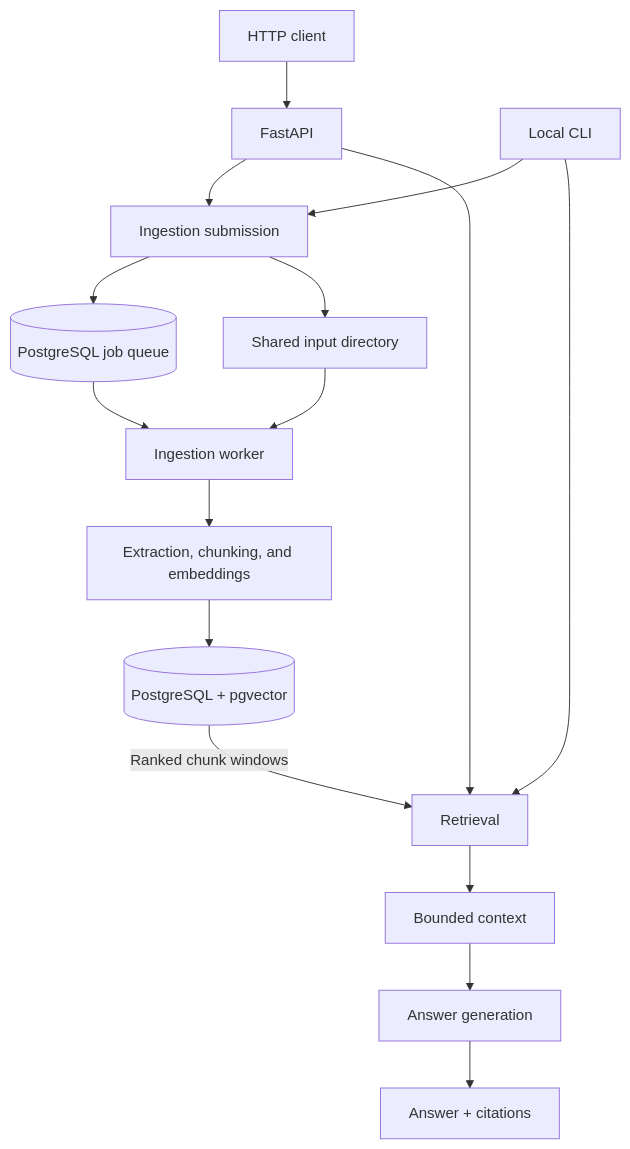
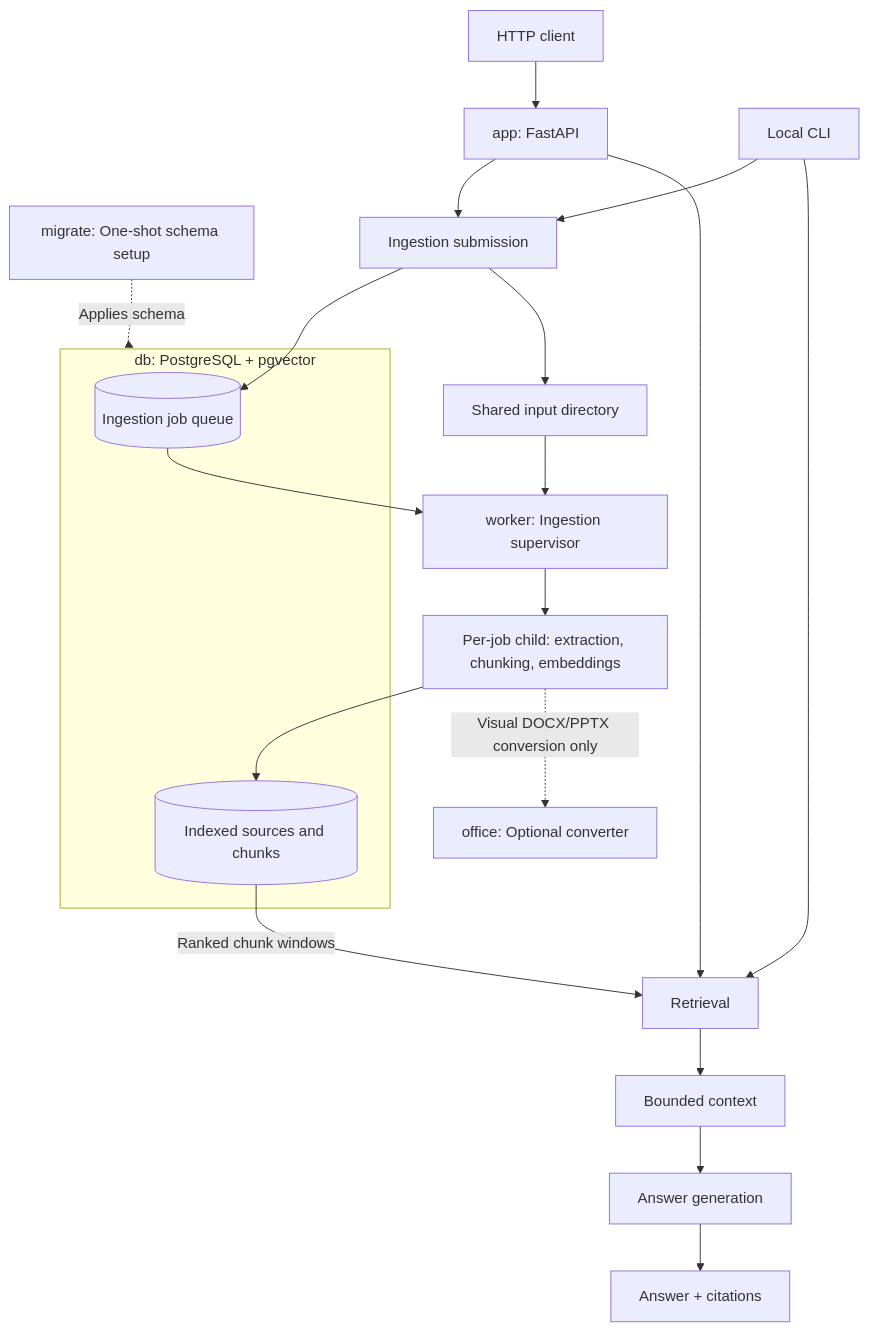
One commit to richard-costa/rag-mtst changed the first of 3 diagrams in docs/explanation/architecture.md. Above: the diagram before and after it, drawn with Mermaid. The commit also changed other lines of this file and 1 other file, not shown here.

Commit message:
docs: clarify Compose services and worker boundaries

````diff
--- a/docs/explanation/architecture.md
+++ b/docs/explanation/architecture.md
@@ -16,23 +16,29 @@
 ```mermaid
 ---
 config:
     flowchart:
         useMaxWidth: false
 ---
 flowchart TB
-    http[HTTP client] --> api[FastAPI]
+    subgraph db["db: PostgreSQL + pgvector"]
+        queue[(Ingestion job queue)]
+        documents[(Indexed sources and chunks)]
+    end
+    migrate["migrate: One-shot schema setup"] -.->|Applies schema| db
+    http[HTTP client] --> api["app: FastAPI"]
     cli[Local CLI] --> submission[Ingestion submission]
     api --> submission
-    submission --> queue[(PostgreSQL job queue)]
+    submission --> queue
     submission --> staging[Shared input directory]
-    queue --> worker[Ingestion worker]
+    queue --> worker["worker: Ingestion supervisor"]
     staging --> worker
-    worker --> indexing[Extraction, chunking, and embeddings]
-    indexing --> documents[(PostgreSQL + pgvector)]
+    worker --> indexing["Per-job child: extraction, chunking, embeddings"]
+    indexing --> documents
+    indexing -.->|Visual DOCX/PPTX conversion only| office["office: Optional converter"]
     api --> retrieval[Retrieval]
     cli --> retrieval
     documents -->|Ranked chunk windows| retrieval
     retrieval --> context[Bounded context]
     context --> generation[Answer generation]
     generation --> answer[Answer + citations]
 ```
````
